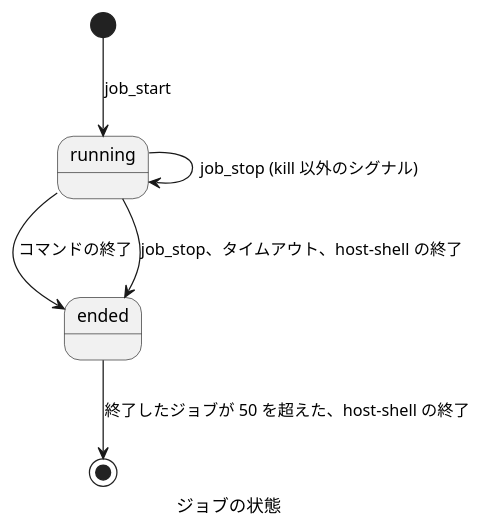
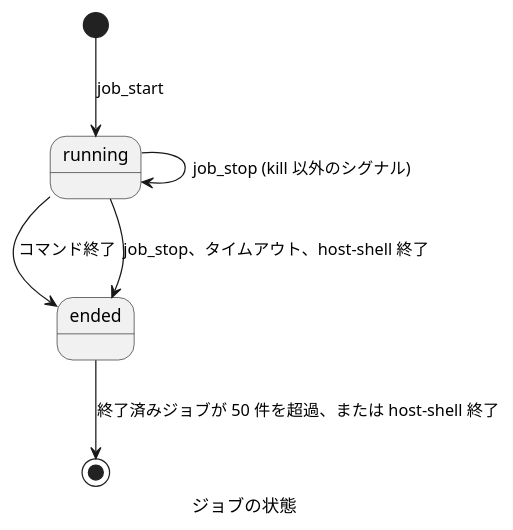
Before and after one commit to Hondarer/host-shell-mcp: the first of 2 diagrams in docs/reference.md, drawn with PlantUML. The commit also changed other lines of this file and 83 other files, not shown here.

````diff
--- a/docs/reference.md
+++ b/docs/reference.md
@@ -561,10 +518,10 @@
 ```plantuml
 @startuml ジョブの状態
     caption ジョブの状態
     [*] --> running : job_start
     running --> running : job_stop (kill 以外のシグナル)
-    running --> ended : コマンドの終了
-    running --> ended : job_stop、タイムアウト、host-shell の終了
-    ended --> [*] : 終了したジョブが 50 を超えた、host-shell の終了
+    running --> ended : コマンド終了
+    running --> ended : job_stop、タイムアウト、host-shell 終了
+    ended --> [*] : 終了済みジョブが 50 件を超過、または host-shell 終了
 @enduml
 ```
````
